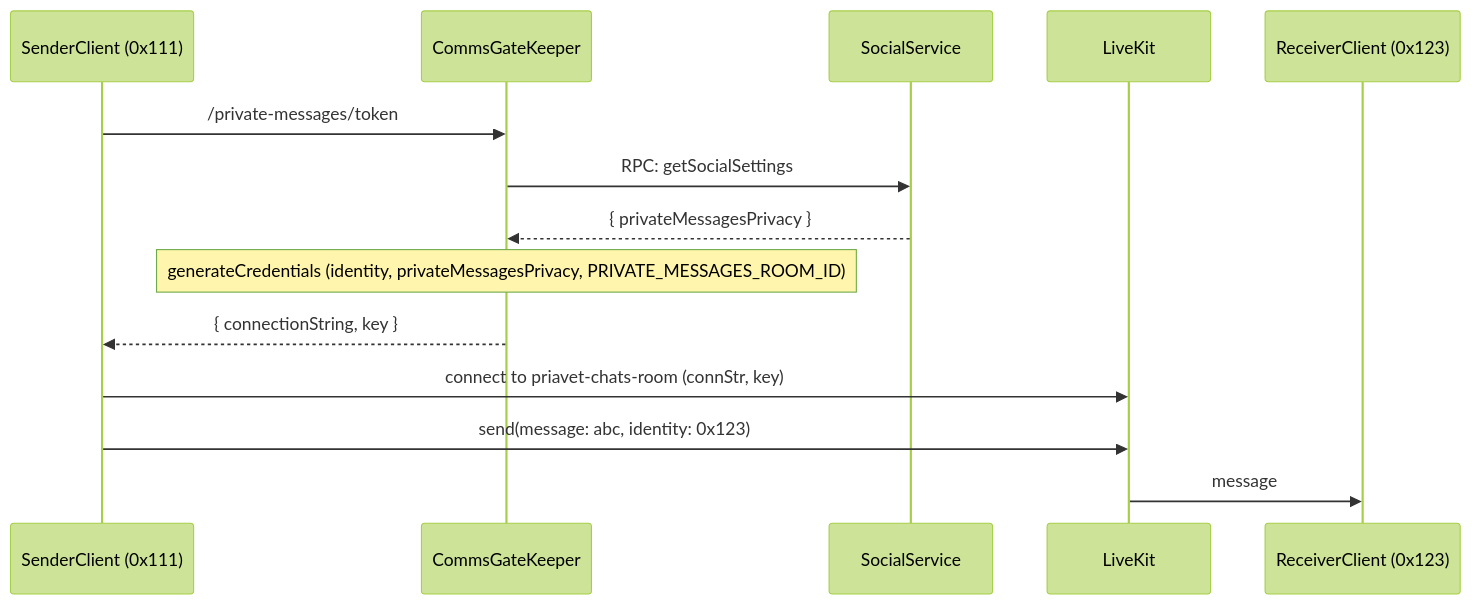
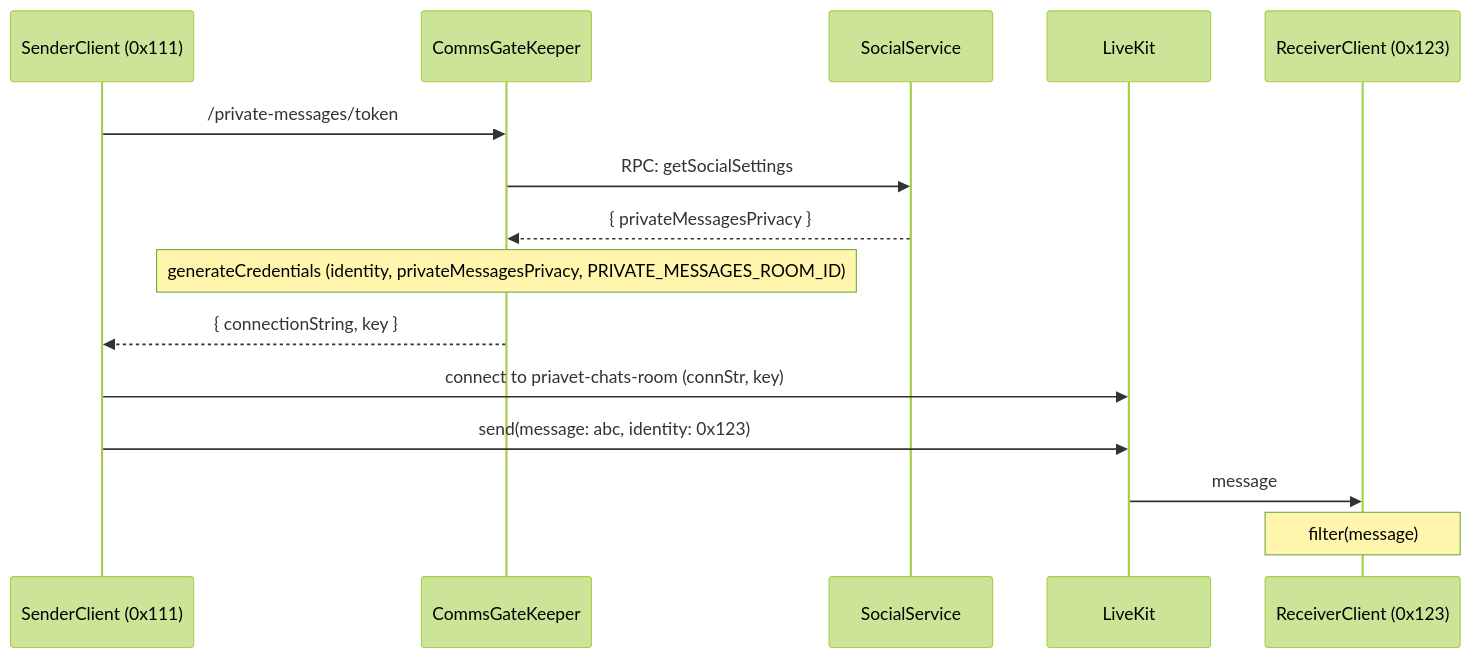
Before and after one commit to decentraland/adr: the diagram in content/ADR-208-private-chat.md, drawn with Mermaid (forest theme).

Commit message:
docs: small improvement for seqDiagram

````diff
--- a/content/ADR-208-private-chat.md
+++ b/content/ADR-208-private-chat.md
@@ -53,16 +53,17 @@
 ```mermaid
 sequenceDiagram
 participant S as SenderClient (0x111)
 participant C as CommsGateKeeper
 participant SS as SocialService
 participant L as LiveKit 
 participant R as ReceiverClient (0x123)
 S->>C: /private-messages/token
 C->>SS: RPC: getSocialSettings
 SS-->>C: { privateMessagesPrivacy }
 Note over C: generateCredentials (identity, privateMessagesPrivacy, PRIVATE_MESSAGES_ROOM_ID)
 C-->>S: { connectionString, key } 
 S->>L: connect to priavet-chats-room (connStr, key)
 S->>L: send(message: abc, identity: 0x123)
 L->>R: message
+Note over R: filter(message)
 ``` 
````
